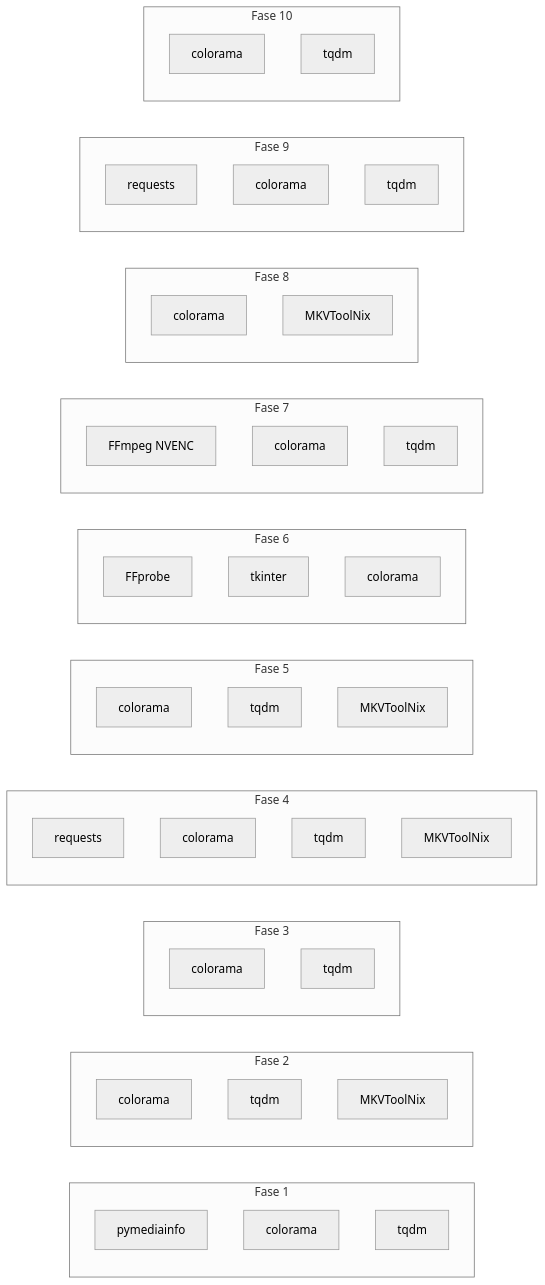
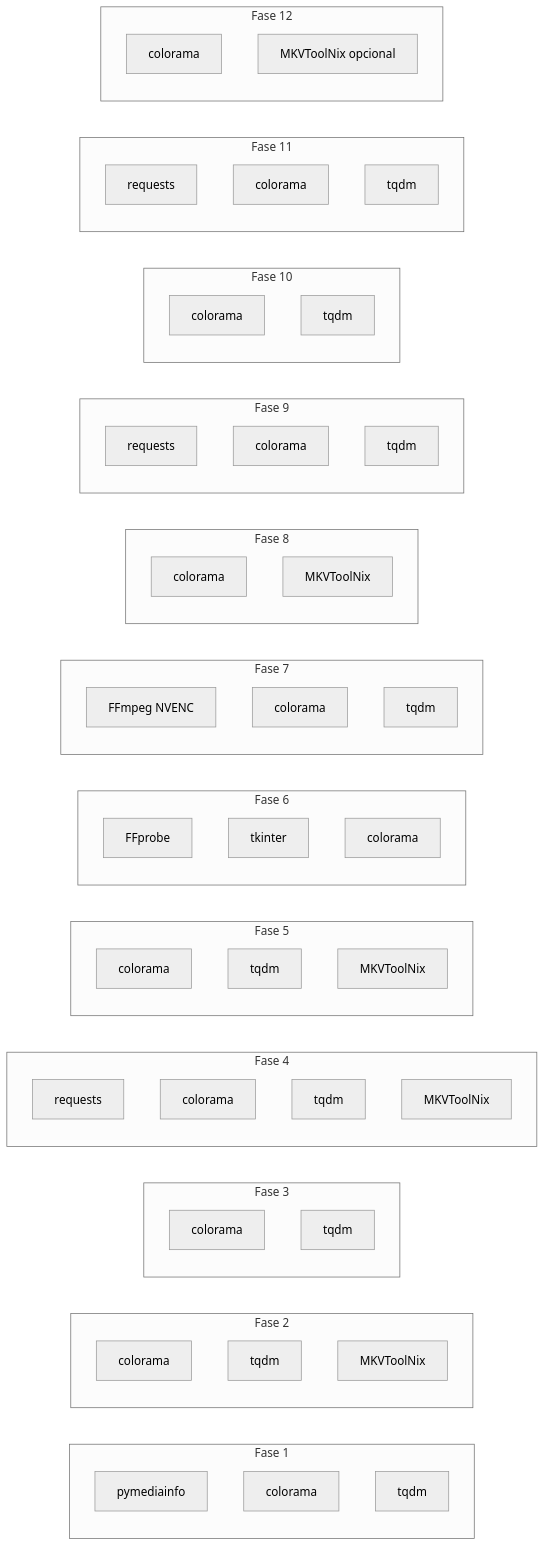
Before and after one commit to carmipa/projeto-tracker-animes-traducao: the diagram in docs/dependencias-python.md, drawn with Mermaid (neutral theme). The commit also changed other lines of this file and 21 other files, not shown here.

````diff
--- a/docs/dependencias-python.md
+++ b/docs/dependencias-python.md
@@ -58,60 +58,71 @@
 ```mermaid
 flowchart LR
     subgraph F1["Fase 1"]
         MI[pymediainfo]
         C1[colorama]
         T1[tqdm]
     end
 
     subgraph F2["Fase 2"]
         C2[colorama]
         T2[tqdm]
         MKVT2[MKVToolNix]
     end
 
     subgraph F3["Fase 3"]
         C3[colorama]
         T3[tqdm]
     end
 
     subgraph F4["Fase 4"]
         REQ[requests]
         C4[colorama]
         T4[tqdm]
         MKVT4[MKVToolNix]
     end
 
     subgraph F5["Fase 5"]
         C5[colorama]
         T5[tqdm]
         MKVT5[MKVToolNix]
     end
 
     subgraph F6["Fase 6"]
         FF6[FFprobe]
         TK6[tkinter]
         C6[colorama]
     end
 
     subgraph F7["Fase 7"]
         FF7[FFmpeg NVENC]
         C7[colorama]
         T7[tqdm]
     end
 
     subgraph F8["Fase 8"]
         C8[colorama]
         MKVT8[MKVToolNix]
     end
 
     subgraph F9["Fase 9"]
         REQ9[requests]
         C9[colorama]
         T9[tqdm]
     end
 
     subgraph F10["Fase 10"]
         C10[colorama]
         T10[tqdm]
     end
+
+    subgraph F11["Fase 11"]
+        REQ11[requests]
+        C11[colorama]
+        T11[tqdm]
+    end
+
+    subgraph F12["Fase 12"]
+        C12[colorama]
+        MKVT12[MKVToolNix opcional]
+    end
 ```
````
